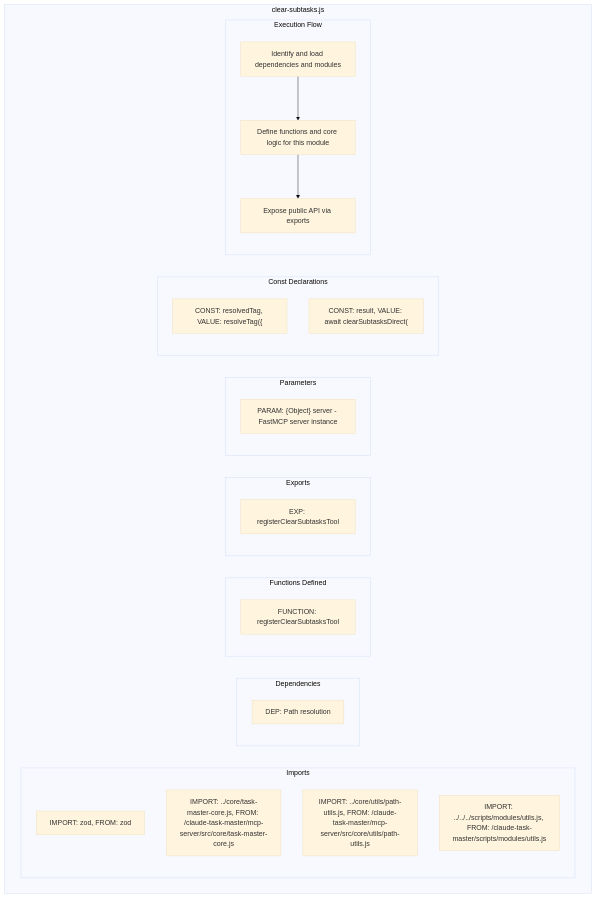
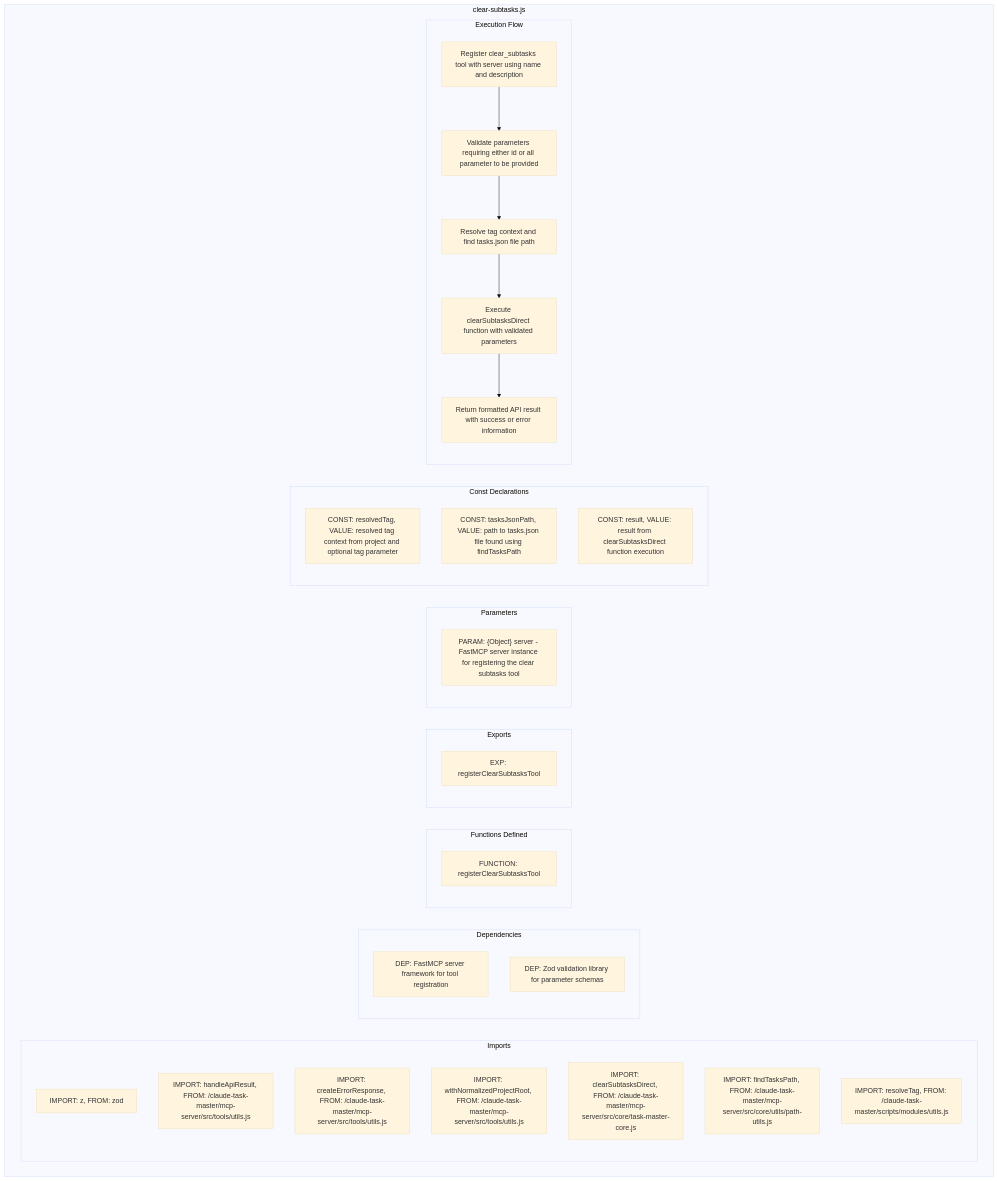
Before and after one commit to trutkowski22/claude-task-master: the diagram in project-overlord-context/Mermaid-Diagrams/Interface-Layer/mcp-server/src/tools/clear-subtasks.js_diagram.mmd, drawn with Mermaid (base theme). The commit also changed 199 other files, not shown here.

````diff
--- a/project-overlord-context/Mermaid-Diagrams/Interface-Layer/mcp-server/src/tools/clear-subtasks.js_diagram.mmd
+++ b/project-overlord-context/Mermaid-Diagrams/Interface-Layer/mcp-server/src/tools/clear-subtasks.js_diagram.mmd
@@ -1,41 +1,58 @@
 ```mermaid
 flowchart TB
     subgraph Imports["Imports"]
-        I1["IMPORT: zod, FROM: zod"]
-        I2["IMPORT: ../core/task-master-core.js, FROM: /claude-task-master/mcp-server/src/core/task-master-core.js"]
-        I3["IMPORT: ../core/utils/path-utils.js, FROM: /claude-task-master/mcp-server/src/core/utils/path-utils.js"]
-        I4["IMPORT: ../../../scripts/modules/utils.js, FROM: /claude-task-master/scripts/modules/utils.js"]
+        I1["IMPORT: z, FROM: zod"]
+        I2["IMPORT: handleApiResult, FROM: /claude-task-master/mcp-server/src/tools/utils.js"]
+        I3["IMPORT: createErrorResponse, FROM: /claude-task-master/mcp-server/src/tools/utils.js"]
+        I4["IMPORT: withNormalizedProjectRoot, FROM: /claude-task-master/mcp-server/src/tools/utils.js"]
+        I5["IMPORT: clearSubtasksDirect, FROM: /claude-task-master/mcp-server/src/core/task-master-core.js"]
+        I6["IMPORT: findTasksPath, FROM: /claude-task-master/mcp-server/src/core/utils/path-utils.js"]
+        I7["IMPORT: resolveTag, FROM: /claude-task-master/scripts/modules/utils.js"]
     end
+    
     subgraph Dependencies["Dependencies"]
-        D1["DEP: Path resolution"]
+        D1["DEP: FastMCP server framework for tool registration"]
+        D2["DEP: Zod validation library for parameter schemas"]
     end
+    
     subgraph FunctionsDefined["Functions Defined"]
         FU1["FUNCTION: registerClearSubtasksTool"]
     end
+    
     subgraph Exports["Exports"]
         E1["EXP: registerClearSubtasksTool"]
     end
+    
     subgraph Parameters["Parameters"]
-        P1["PARAM: {Object} server - FastMCP server instance"]
+        P1["PARAM: {Object} server - FastMCP server instance for registering the clear subtasks tool"]
     end
+    
     subgraph Constants["Const Declarations"]
-        C1["CONST: resolvedTag, VALUE: resolveTag({"]
-        C2["CONST: result, VALUE: await clearSubtasksDirect("]
+        C1["CONST: resolvedTag, VALUE: resolved tag context from project and optional tag parameter"]
+        C2["CONST: tasksJsonPath, VALUE: path to tasks.json file found using findTasksPath"]
+        C3["CONST: result, VALUE: result from clearSubtasksDirect function execution"]
     end
+    
     subgraph ExecutionFlow["Execution Flow"]
-        FL1["Identify and load dependencies and modules"]
-        FL2["Define functions and core logic for this module"]
-        FL3["Expose public API via exports"]
+        FL1["Register clear_subtasks tool with server using name and description"]
+        FL2["Validate parameters requiring either id or all parameter to be provided"]
+        FL3["Resolve tag context and find tasks.json file path"]
+        FL4["Execute clearSubtasksDirect function with validated parameters"]
+        FL5["Return formatted API result with success or error information"]
     end
-    subgraph FileName["clear-subtasks.js"]
+    
+    subgraph clearSubtasks["clear-subtasks.js"]
         Imports
         Dependencies
         FunctionsDefined
         Exports
         Parameters
         Constants
         ExecutionFlow
     end
+    
     FL1 --> FL2
     FL2 --> FL3
+    FL3 --> FL4
+    FL4 --> FL5
 ```
````
